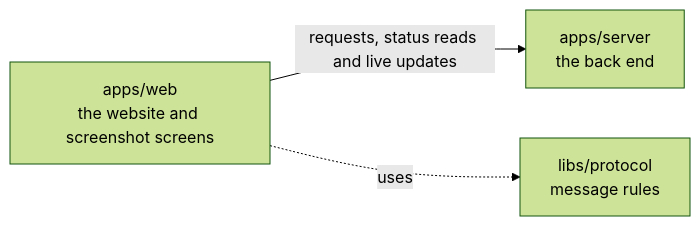
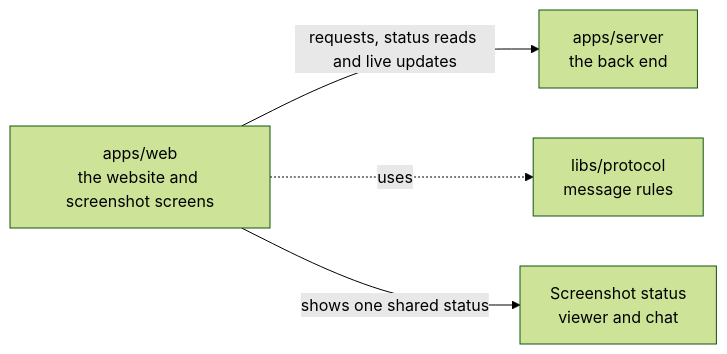
Before and after one commit to elewa-git/opencrane-new: the diagram in apps/web/README.md, drawn with Mermaid (forest theme). The commit also changed other lines of this file and 176 other files, not shown here.

Commit message:
🛠 Fix screenshot focus and status evidence

````diff
--- a/apps/web/README.md
+++ b/apps/web/README.md
@@ -11,5 +11,6 @@
 ```mermaid
 flowchart LR
   web["apps/web<br/>the website and screenshot screens"] -->|requests, status reads and live updates| server["apps/server<br/>the back end"]
   web -.->|uses| protocol["libs/protocol<br/>message rules"]
+  web -->|shows one shared status| capture["Screenshot status<br/>viewer and chat"]
 ```
````
